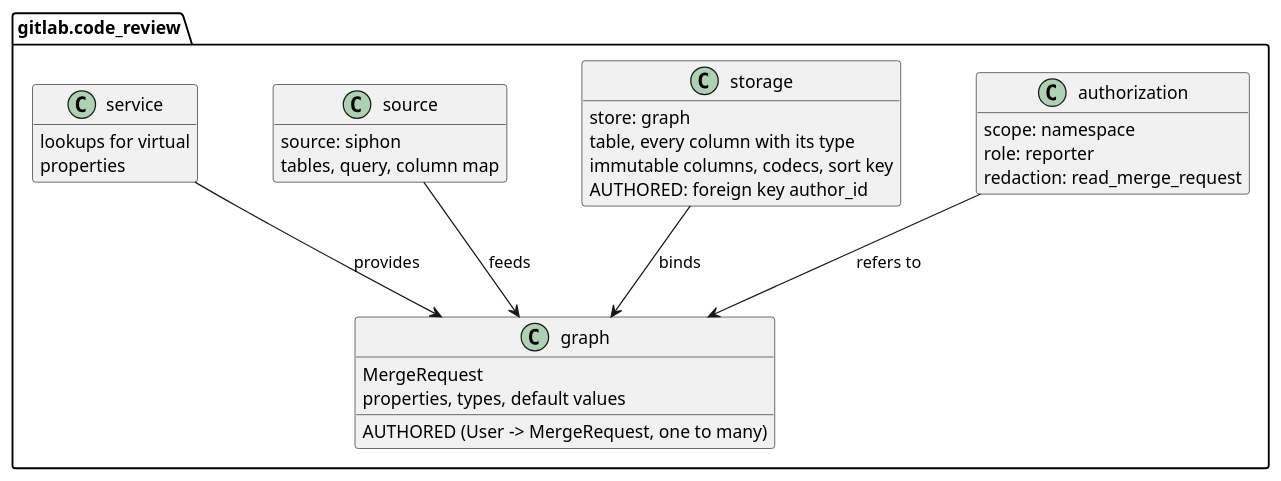
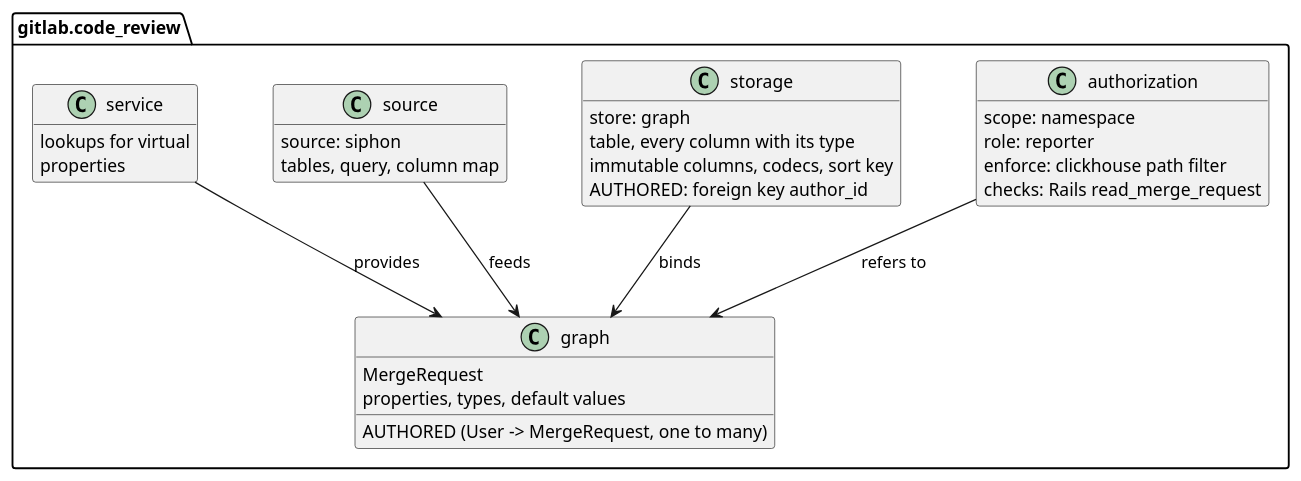
The second of 8 diagrams in docs/pages/engineering/adr/024_pluggable_data_model.md (gitlabhq/orbit-knowledge-graph), drawn with PlantUML before and after one commit. The commit also changed other lines of this file and 1 other file, not shown here.

Commit message:
docs(adr): declare access policies per backend and checks outside the backend

````diff
--- a/docs/pages/engineering/adr/024_pluggable_data_model.md
+++ b/docs/pages/engineering/adr/024_pluggable_data_model.md
@@ -165,42 +165,43 @@
 ```plantuml
 @startuml
 set separator none
 skinparam shadowing false
 skinparam nodesep 60
 skinparam ranksep 70
 skinparam classAttributeIconSize 0
 hide empty members
 
 package "gitlab.code_review" {
   class "graph" as G {
     MergeRequest
     properties, types, default values
     AUTHORED (User -> MergeRequest, one to many)
   }
   class "authorization" as A {
     scope: namespace
     role: reporter
-    redaction: read_merge_request
+    enforce: clickhouse path filter
+    checks: Rails read_merge_request
   }
   class "storage" as ST {
     store: graph
     table, every column with its type
     immutable columns, codecs, sort key
     AUTHORED: foreign key author_id
   }
   class "source" as SO {
     source: siphon
     tables, query, column map
   }
   class "service" as SV {
     lookups for virtual
     properties
   }
 }
 
 A --> G : refers to
 ST --> G : binds
 SO --> G : feeds
 SV --> G : provides
 @enduml
 ```
````
